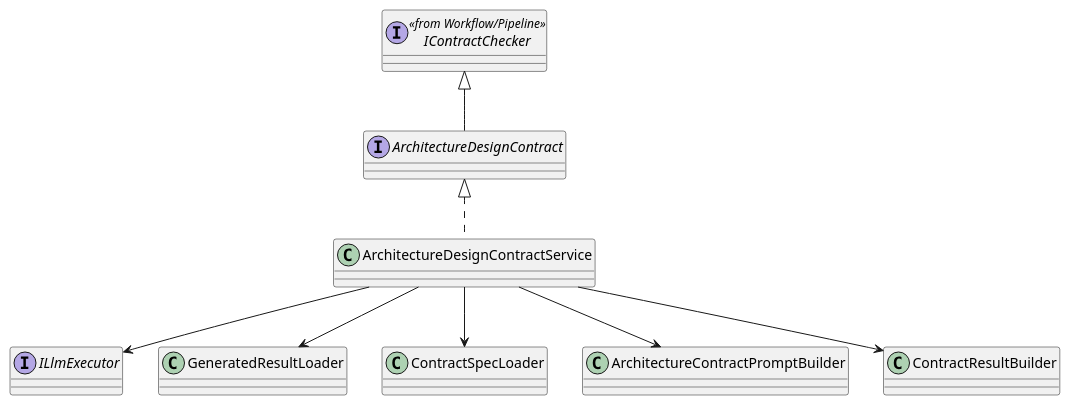
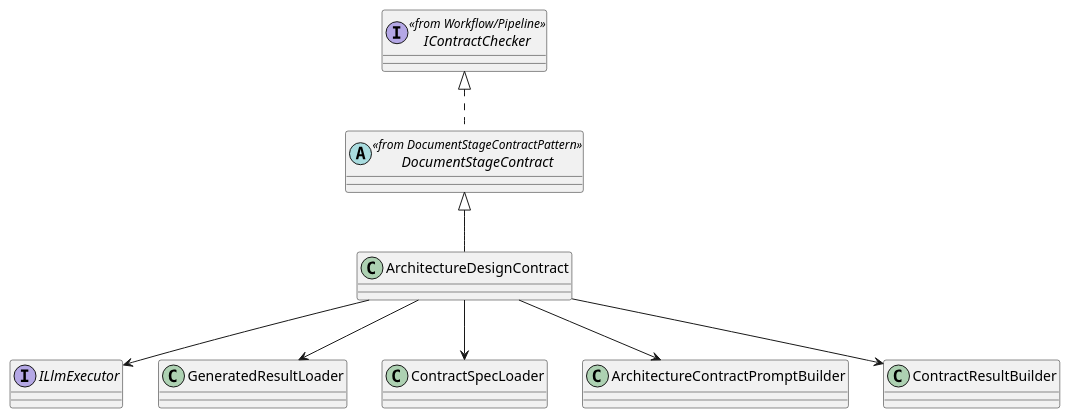
Before and after one commit to lucky-chen/ai_workflow_travel: the first of 2 diagrams in meta_layer/docs/design_docs/Contract/ArchitectureDesignContract.md, drawn with PlantUML. The commit also changed other lines of this file and 12 other files, not shown here.

First line of the commit message:
[AI] gpt-5.4: align stage pipeline document io flow

````diff
--- a/meta_layer/docs/design_docs/Contract/ArchitectureDesignContract.md
+++ b/meta_layer/docs/design_docs/Contract/ArchitectureDesignContract.md
@@ -38,21 +38,21 @@
 ```plantuml
 @startuml
 interface IContractChecker <<from Workflow/Pipeline>>
-interface ArchitectureDesignContract
 interface ILlmExecutor
+abstract class DocumentStageContract <<from DocumentStageContractPattern>>
 
-class ArchitectureDesignContractService
+class ArchitectureDesignContract
 class GeneratedResultLoader
 class ContractSpecLoader
 class ArchitectureContractPromptBuilder
 class ContractResultBuilder
 
-IContractChecker <|-- ArchitectureDesignContract
-ArchitectureDesignContract <|.. ArchitectureDesignContractService
-ArchitectureDesignContractService --> GeneratedResultLoader
-ArchitectureDesignContractService --> ContractSpecLoader
-ArchitectureDesignContractService --> ArchitectureContractPromptBuilder
-ArchitectureDesignContractService --> ILlmExecutor
-ArchitectureDesignContractService --> ContractResultBuilder
+IContractChecker <|.. DocumentStageContract
+DocumentStageContract <|-- ArchitectureDesignContract
+ArchitectureDesignContract --> GeneratedResultLoader
+ArchitectureDesignContract --> ContractSpecLoader
+ArchitectureDesignContract --> ArchitectureContractPromptBuilder
+ArchitectureDesignContract --> ILlmExecutor
+ArchitectureDesignContract --> ContractResultBuilder
 @enduml
 ```
````
